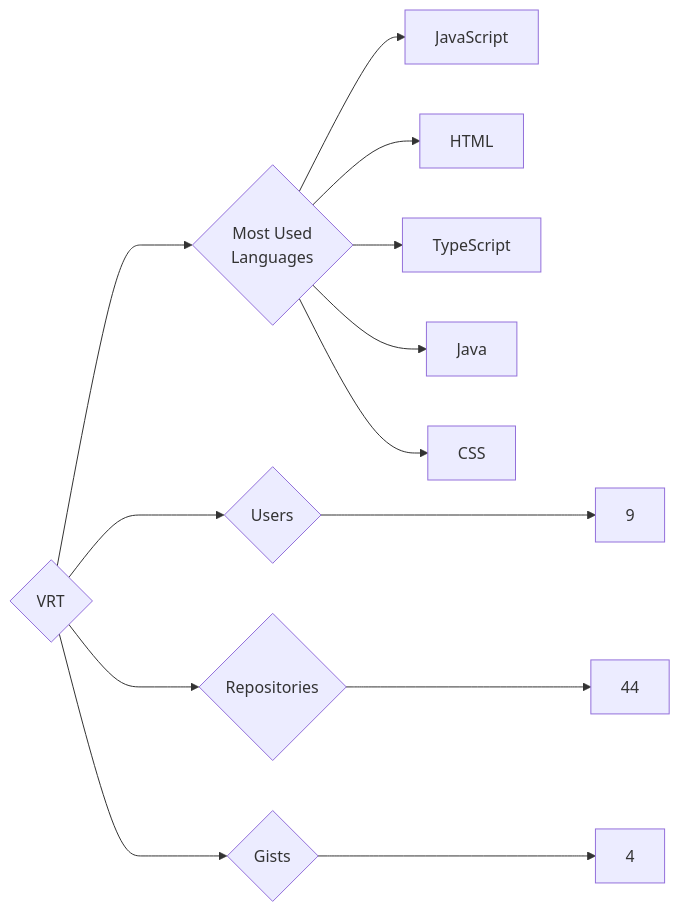
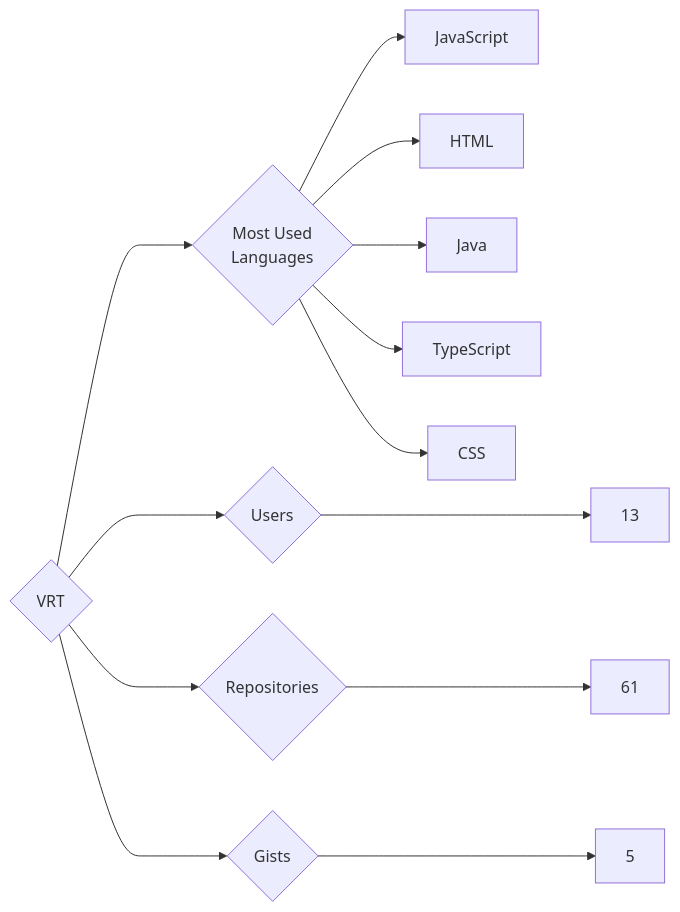
The diagram in targets/VRT/README.md (trickest/insiders), drawn with Mermaid before and after one commit. The commit also changed 973 other files, not shown here.

````diff
--- a/targets/VRT/README.md
+++ b/targets/VRT/README.md
@@ -3,13 +3,13 @@
 ```mermaid
 graph LR
 COMPANY_NAME{VRT}
-COMPANY_NAME ---> U{Users} ---> UN[9]
-COMPANY_NAME ---> R{Repositories} ---> RN[44]
-COMPANY_NAME ---> G{Gists} ---> GN[4]
+COMPANY_NAME ---> U{Users} ---> UN[13]
+COMPANY_NAME ---> R{Repositories} ---> RN[61]
+COMPANY_NAME ---> G{Gists} ---> GN[5]
 COMPANY_NAME ---> ML{Most Used<br>Languages}
 ML --> JavaScript[JavaScript]
 ML --> HTML[HTML]
+ML --> Java[Java]
 ML --> TypeScript[TypeScript]
-ML --> Java[Java]
 ML --> CSS[CSS]
 ```
````
